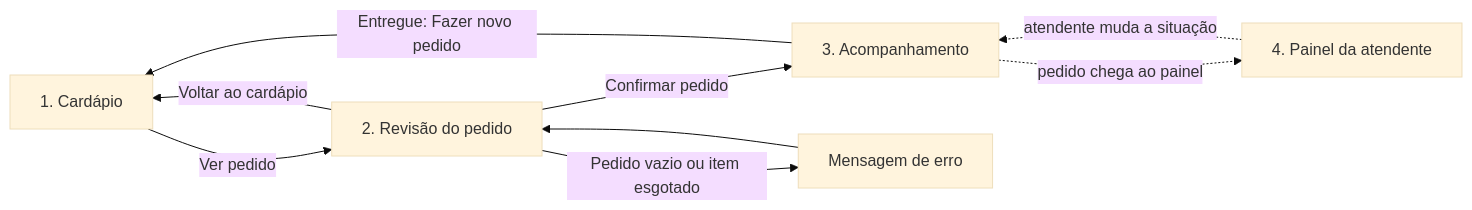
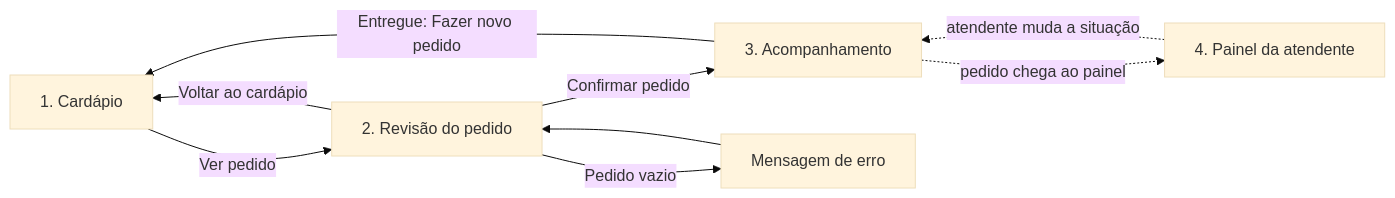
One commit to gustavoblank506-maker/Cantina-App changed the diagram in docs/fluxo-de-navegacao.md. Above: the diagram before and after it, drawn with Mermaid (base theme). The commit also changed other lines of this file and 3 other files, not shown here.

````diff
--- a/docs/fluxo-de-navegacao.md
+++ b/docs/fluxo-de-navegacao.md
@@ -3,11 +3,11 @@
 ```mermaid
 flowchart LR
   C[1. Cardápio] -->|Ver pedido| R[2. Revisão do pedido]
   R -->|Voltar ao cardápio| C
   R -->|Confirmar pedido| A[3. Acompanhamento]
-  R -->|Pedido vazio ou item esgotado| E[Mensagem de erro]
+  R -->|Pedido vazio| E[Mensagem de erro]
   E --> R
   A -. pedido chega ao painel .-> P[4. Painel da atendente]
   P -. atendente muda a situação .-> A
   A -->|Entregue: Fazer novo pedido| C
 ```
````
